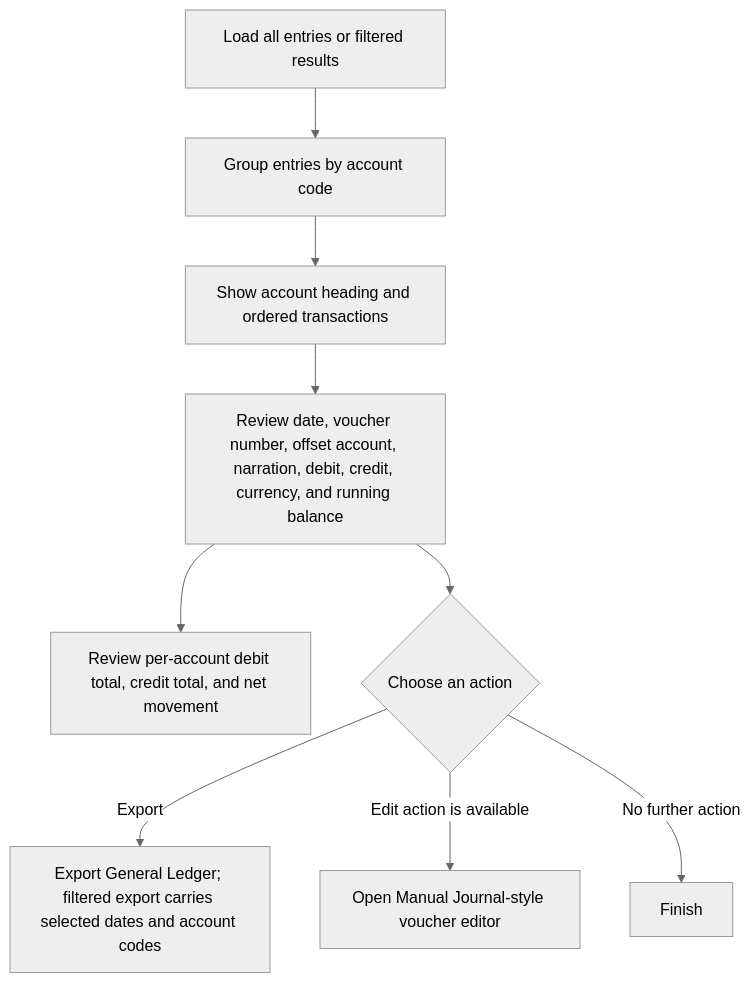
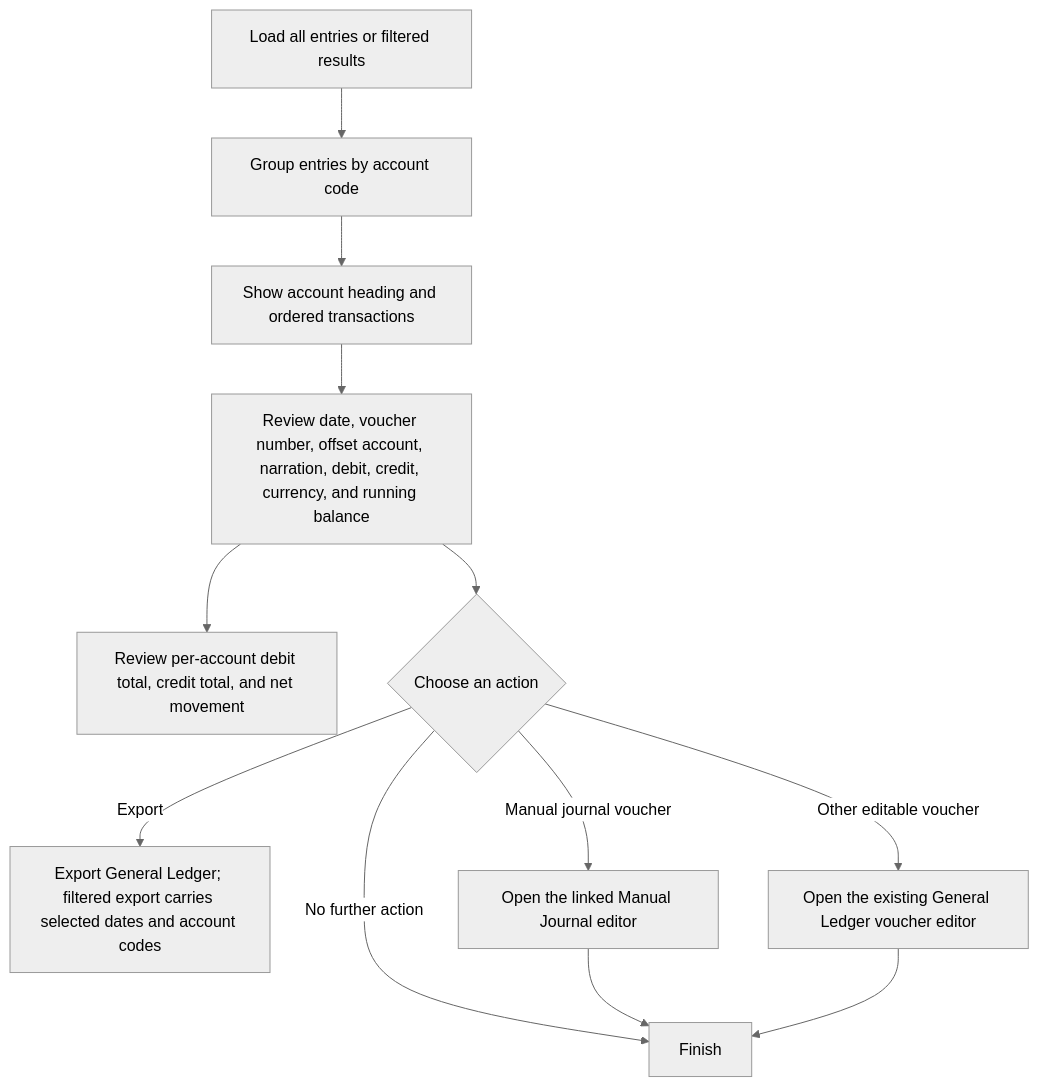
Before and after one commit to ThawHtooZin/LMS: the second of 3 diagrams in UserFlowDiagrams/Account/generalLedgerUserFlowDiagram.md, drawn with Mermaid (neutral theme). The commit also changed other lines of this file and 21 other files, not shown here.

Commit message:
Finished edit journal

````diff
--- a/UserFlowDiagrams/Account/generalLedgerUserFlowDiagram.md
+++ b/UserFlowDiagrams/Account/generalLedgerUserFlowDiagram.md
@@ -27,11 +27,14 @@
 ```mermaid
 flowchart TD
     A[Load all entries or filtered results] --> B[Group entries by account code]
     B --> C[Show account heading and ordered transactions]
     C --> D[Review date, voucher number, offset account, narration, debit, credit, currency, and running balance]
     D --> E[Review per-account debit total, credit total, and net movement]
     D --> F{Choose an action}
     F -->|Export| G[Export General Ledger; filtered export carries selected dates and account codes]
-    F -->|Edit action is available| H[Open Manual Journal-style voucher editor]
+    F -->|Manual journal voucher| H[Open the linked Manual Journal editor]
+    F -->|Other editable voucher| J[Open the existing General Ledger voucher editor]
     F -->|No further action| I[Finish]
+    H --> I
+    J --> I
 ```
````
